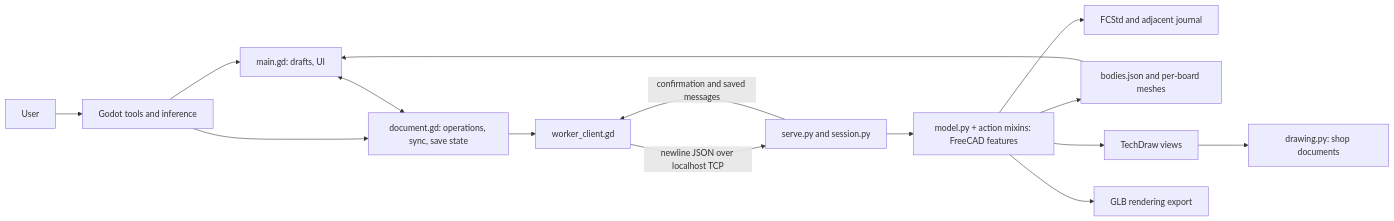
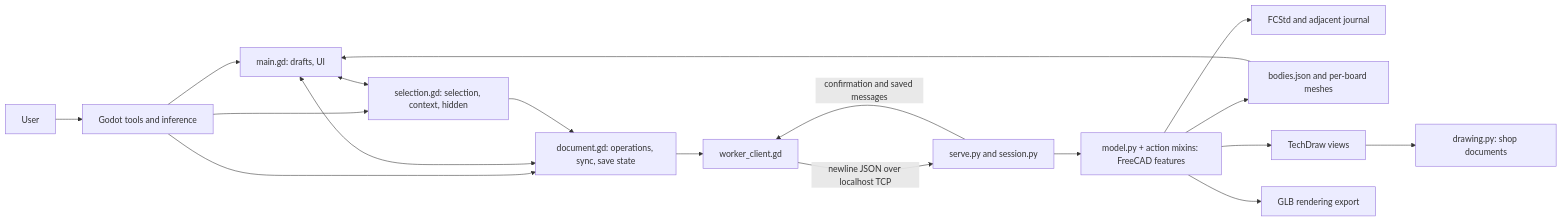
One commit to wweatherall/Napkin changed the diagram in ARCHITECTURE.md. Above: the diagram before and after it, drawn with Mermaid. The commit also changed other lines of this file and 7 other files, not shown here.

First line of the commit message:
T41 step 1: selection and context out of main.gd (selection.gd, A33b)

````diff
--- a/ARCHITECTURE.md
+++ b/ARCHITECTURE.md
@@ -19,17 +19,20 @@
 ```mermaid
 flowchart LR
     U[User] --> T[Godot tools and inference]
     T --> M[main.gd: drafts, UI]
     T --> DC[document.gd: operations, sync, save state]
     M <--> DC
+    T --> SC[selection.gd: selection, context, hidden]
+    M <--> SC
+    SC --> DC
     DC --> C[worker_client.gd]
     C -->|newline JSON over localhost TCP| W[serve.py and session.py]
     W --> G[model.py + action mixins: FreeCAD features]
     G --> F[FCStd and adjacent journal]
     G --> E[bodies.json and per-board meshes]
     E --> M
     W -->|confirmation and saved messages| C
     G --> V[TechDraw views]
     V --> D[drawing.py: shop documents]
     G --> B[GLB rendering export]
 ```
````
